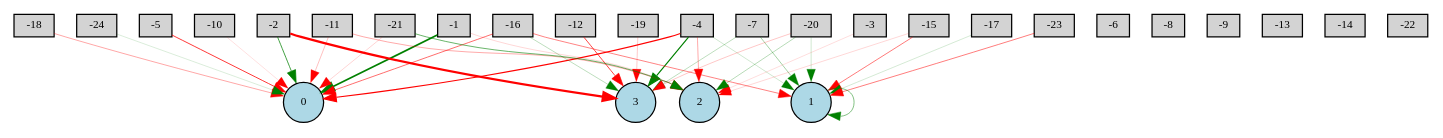
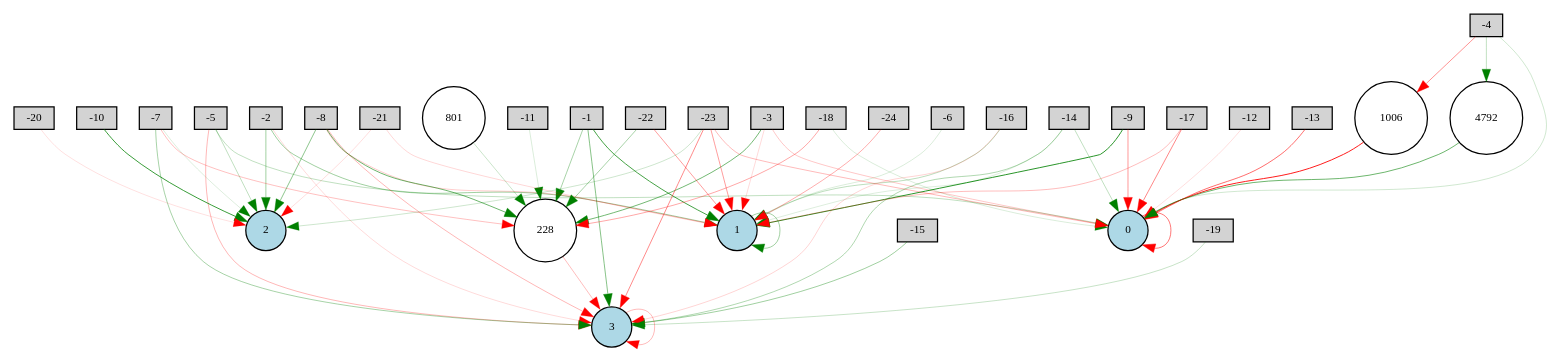
One commit to yoshinobc/EA changed the diagram in experiment/Bipedalwalker/neat/120net-enabled.gv. Above: the diagram before and after it, drawn with Graphviz. The commit also changed 277 other files, not shown here.

```diff
--- a/experiment/Bipedalwalker/neat/120net-enabled.gv
+++ b/experiment/Bipedalwalker/neat/120net-enabled.gv
@@ -1,63 +1,92 @@
 digraph {
 	node [fontsize=9 height=0.2 shape=circle width=0.2]
 	-1 [fillcolor=lightgray shape=box style=filled]
 	-2 [fillcolor=lightgray shape=box style=filled]
 	-3 [fillcolor=lightgray shape=box style=filled]
 	-4 [fillcolor=lightgray shape=box style=filled]
 	-5 [fillcolor=lightgray shape=box style=filled]
 	-6 [fillcolor=lightgray shape=box style=filled]
 	-7 [fillcolor=lightgray shape=box style=filled]
 	-8 [fillcolor=lightgray shape=box style=filled]
 	-9 [fillcolor=lightgray shape=box style=filled]
 	-10 [fillcolor=lightgray shape=box style=filled]
 	-11 [fillcolor=lightgray shape=box style=filled]
 	-12 [fillcolor=lightgray shape=box style=filled]
 	-13 [fillcolor=lightgray shape=box style=filled]
 	-14 [fillcolor=lightgray shape=box style=filled]
 	-15 [fillcolor=lightgray shape=box style=filled]
 	-16 [fillcolor=lightgray shape=box style=filled]
 	-17 [fillcolor=lightgray shape=box style=filled]
 	-18 [fillcolor=lightgray shape=box style=filled]
 	-19 [fillcolor=lightgray shape=box style=filled]
 	-20 [fillcolor=lightgray shape=box style=filled]
 	-21 [fillcolor=lightgray shape=box style=filled]
 	-22 [fillcolor=lightgray shape=box style=filled]
 	-23 [fillcolor=lightgray shape=box style=filled]
 	-24 [fillcolor=lightgray shape=box style=filled]
 	0 [fillcolor=lightblue style=filled]
 	1 [fillcolor=lightblue style=filled]
 	2 [fillcolor=lightblue style=filled]
 	3 [fillcolor=lightblue style=filled]
-	-20 -> 2 [color=green penwidth=0.22626942714482784 style=solid]
-	-2 -> 0 [color=green penwidth=0.5859037317852457 style=solid]
-	-19 -> 3 [color=red penwidth=0.165895080976741 style=solid]
-	-16 -> 3 [color=green penwidth=0.21104734778227033 style=solid]
-	-15 -> 2 [color=red penwidth=0.12634939240591206 style=solid]
-	-4 -> 2 [color=red penwidth=0.2720785187203698 style=solid]
-	-20 -> 3 [color=red penwidth=0.17654105804985043 style=solid]
-	-1 -> 0 [color=green penwidth=1.3721359211625634 style=solid]
-	-11 -> 0 [color=red penwidth=0.20103446869865432 style=solid]
-	-15 -> 1 [color=red penwidth=0.42430844519719246 style=solid]
-	-4 -> 3 [color=green penwidth=0.9216519066938359 style=solid]
-	-21 -> 0 [color=red penwidth=0.1352649024565728 style=solid]
-	-16 -> 0 [color=red penwidth=0.4636122280790026 style=solid]
-	-3 -> 2 [color=red penwidth=0.11176759210781385 style=solid]
-	-10 -> 0 [color=red penwidth=0.10404543905972932 style=solid]
-	-7 -> 3 [color=green penwidth=0.21273015813862486 style=solid]
-	1 -> 1 [color=green penwidth=0.38532541396165676 style=solid]
-	-7 -> 1 [color=green penwidth=0.27702149757376926 style=solid]
-	-5 -> 0 [color=red penwidth=0.6211847229218136 style=solid]
-	-1 -> 2 [color=red penwidth=0.13485027706314545 style=solid]
-	-16 -> 1 [color=red penwidth=0.3866077253773563 style=solid]
-	-4 -> 0 [color=red penwidth=0.9192321480786914 style=solid]
-	-20 -> 1 [color=green penwidth=0.15275076958058104 style=solid]
-	-23 -> 1 [color=red penwidth=0.4110190902987184 style=solid]
-	-12 -> 3 [color=red penwidth=0.5906010577798289 style=solid]
-	-2 -> 3 [color=red penwidth=1.760423269561342 style=solid]
-	-21 -> 2 [color=green penwidth=0.46876292117501206 style=solid]
-	-24 -> 0 [color=green penwidth=0.1221487568608034 style=solid]
-	-11 -> 2 [color=red penwidth=0.27223906543806475 style=solid]
-	-17 -> 1 [color=green penwidth=0.14045040221871738 style=solid]
-	-4 -> 1 [color=green penwidth=0.154380555711163 style=solid]
-	-18 -> 0 [color=red penwidth=0.2833637256894602 style=solid]
+	228 [fillcolor=white style=filled]
+	801 [fillcolor=white style=filled]
+	1006 [fillcolor=white style=filled]
+	4792 [fillcolor=white style=filled]
+	-20 -> 2 [color=red penwidth=0.10304909290492882 style=solid]
+	-23 -> 0 [color=red penwidth=0.22309356606591063 style=solid]
+	-10 -> 2 [color=green penwidth=0.6249884054663664 style=solid]
+	-19 -> 3 [color=green penwidth=0.17710526612302563 style=solid]
+	-24 -> 1 [color=red penwidth=0.2622876859861853 style=solid]
+	-16 -> 3 [color=red penwidth=0.13946451582360886 style=solid]
+	-12 -> 0 [color=red penwidth=0.106208789328486 style=solid]
+	-21 -> 1 [color=red penwidth=0.1278044927103825 style=solid]
+	-8 -> 1 [color=red penwidth=0.16096483517630455 style=solid]
+	-9 -> 1 [color=green penwidth=0.668023489081704 style=solid]
+	-1 -> 1 [color=green penwidth=0.5774289785202009 style=solid]
+	3 -> 3 [color=red penwidth=0.22247131976459655 style=solid]
+	-17 -> 0 [color=red penwidth=0.38231733295535353 style=solid]
+	-23 -> 3 [color=red penwidth=0.3657633116295398 style=solid]
+	-15 -> 3 [color=green penwidth=0.30416247800296314 style=solid]
+	-8 -> 2 [color=green penwidth=0.3614422536856987 style=solid]
+	-22 -> 1 [color=red penwidth=0.314126369854332 style=solid]
+	-2 -> 1 [color=green penwidth=0.3016722740730744 style=solid]
+	-7 -> 3 [color=green penwidth=0.28280102934093715 style=solid]
+	1 -> 1 [color=green penwidth=0.29060397534630134 style=solid]
+	1006 -> 0 [color=red penwidth=0.7144180492998737 style=solid]
+	-5 -> 0 [color=green penwidth=0.20017004715064857 style=solid]
+	0 -> 0 [color=red penwidth=0.4323292682881057 style=solid]
+	-14 -> 3 [color=green penwidth=0.25141333930851717 style=solid]
+	-22 -> 228 [color=green penwidth=0.2775156350507038 style=solid]
+	-23 -> 2 [color=green penwidth=0.15939670893852081 style=solid]
+	-18 -> 228 [color=red penwidth=0.27731127028111324 style=solid]
+	-2 -> 2 [color=green penwidth=0.2964277030373099 style=solid]
+	801 -> 228 [color=green penwidth=0.1668357076489651 style=solid]
+	-8 -> 228 [color=green penwidth=0.4577936920154373 style=solid]
+	-16 -> 1 [color=green penwidth=0.20589875325096013 style=solid]
+	-3 -> 1 [color=red penwidth=0.11857982945627912 style=solid]
+	-11 -> 228 [color=green penwidth=0.11660066507345021 style=solid]
+	-9 -> 0 [color=red penwidth=0.32599130521599334 style=solid]
+	228 -> 3 [color=red penwidth=0.20609181210873845 style=solid]
+	-4 -> 0 [color=green penwidth=0.14686449940453505 style=solid]
+	-7 -> 2 [color=green penwidth=0.1119306390091128 style=solid]
+	-1 -> 228 [color=green penwidth=0.27855705905162526 style=solid]
+	-3 -> 228 [color=green penwidth=0.43733341130272885 style=solid]
+	-5 -> 3 [color=red penwidth=0.22778392082302287 style=solid]
+	-4 -> 4792 [color=green penwidth=0.20231301134446 style=solid]
+	-14 -> 0 [color=green penwidth=0.20433661368619582 style=solid]
+	-6 -> 1 [color=green penwidth=0.1189848699620343 style=solid]
+	4792 -> 0 [color=green penwidth=0.4597194870467337 style=solid]
+	-23 -> 1 [color=red penwidth=0.3107445005686307 style=solid]
+	-7 -> 228 [color=red penwidth=0.19757176405675841 style=solid]
+	-2 -> 3 [color=red penwidth=0.11906376104411547 style=solid]
+	-21 -> 2 [color=red penwidth=0.10950242427323309 style=solid]
+	-8 -> 3 [color=red penwidth=0.22526997399861093 style=solid]
+	-3 -> 0 [color=red penwidth=0.18226788239277641 style=solid]
+	-17 -> 1 [color=red penwidth=0.20817064640748753 style=solid]
+	-1 -> 3 [color=green penwidth=0.37802995698929664 style=solid]
+	-18 -> 0 [color=green penwidth=0.12461788079075492 style=solid]
+	-13 -> 0 [color=red penwidth=0.4647991541061993 style=solid]
+	-5 -> 2 [color=green penwidth=0.19807631680250884 style=solid]
+	-14 -> 1 [color=green penwidth=0.11352097949120102 style=solid]
+	-4 -> 1006 [color=red penwidth=0.3383825912496855 style=solid]
 }
```
